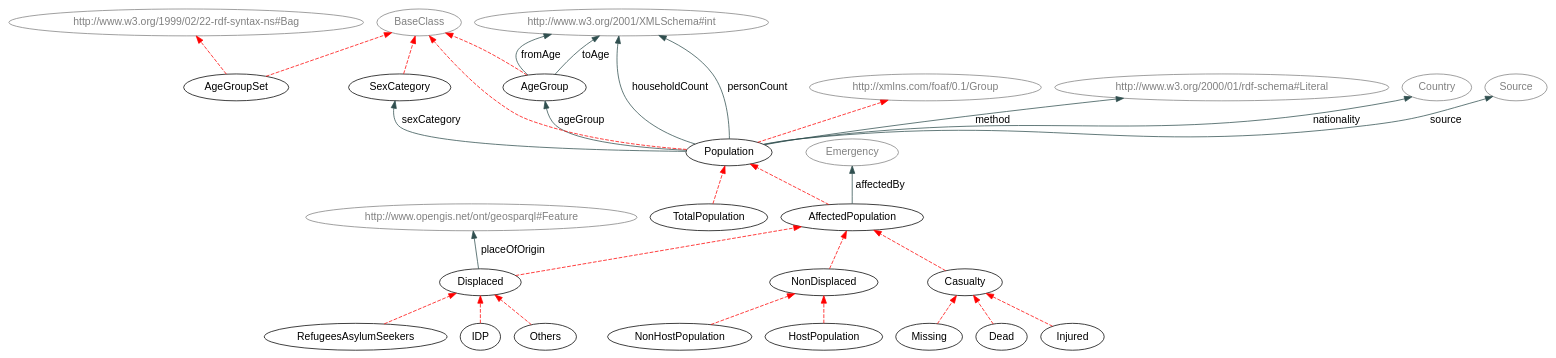
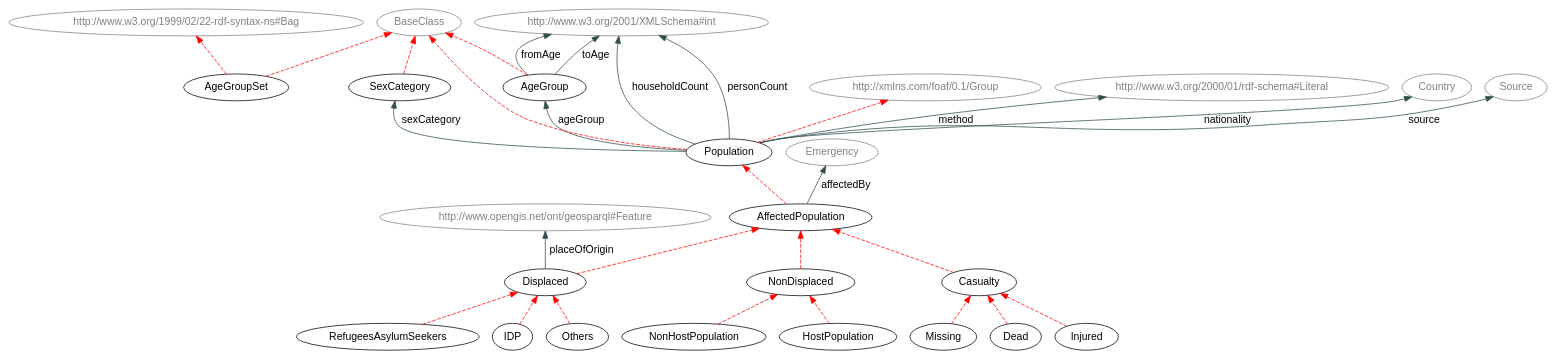
Before and after one commit to hxl-team/HXL-Vocab: the diagram in Tools/humanitarianProfileSection.dot, drawn with Graphviz. The commit also changed 10 other files, not shown here.

Commit message:
Removed TotalPopulation, added "no totals" text to defintion of personCount

```diff
--- a/Tools/humanitarianProfileSection.dot
+++ b/Tools/humanitarianProfileSection.dot
@@ -1,71 +1,69 @@
 digraph { 
  rankdir="BT";	
  charset="utf-8";
  overlap=false;
  edge [color=darkslategray];
  edge [fontname=Helvetica];
  node [fontname=Helvetica];
 
 "AffectedPopulation" [ URL = "./#AffectedPopulation"] ;
 		"AffectedPopulation" -> "Population" [ color=red style="dashed" ]; 
 			"AgeGroup" [ URL = "./#AgeGroup"] ;
 		"BaseClass" [ URL = "./#AgeGroup" color="gray" fontcolor="gray"] ;
 				"AgeGroup" -> "BaseClass" [ color=red style="dashed" ]; 
 			"AgeGroupSet" [ URL = "./#AgeGroupSet"] ;
 		"BaseClass" [ URL = "./#AgeGroupSet" color="gray" fontcolor="gray"] ;
 				"AgeGroupSet" -> "BaseClass" [ color=red style="dashed" ]; 
 			"http://www.w3.org/1999/02/22-rdf-syntax-ns#Bag" [ URL = "./#AgeGroupSet" color="gray" fontcolor="gray"] ;
 				"AgeGroupSet" -> "http://www.w3.org/1999/02/22-rdf-syntax-ns#Bag" [ color=red style="dashed" ]; 
 			"Casualty" [ URL = "./#Casualty"] ;
 		"Casualty" -> "AffectedPopulation" [ color=red style="dashed" ]; 
 			"Dead" [ URL = "./#Dead"] ;
 		"Dead" -> "Casualty" [ color=red style="dashed" ]; 
 			"Displaced" [ URL = "./#Displaced"] ;
 		"Displaced" -> "AffectedPopulation" [ color=red style="dashed" ]; 
 			"HostPopulation" [ URL = "./#HostPopulation"] ;
 		"HostPopulation" -> "NonDisplaced" [ color=red style="dashed" ]; 
 			"IDP" [ URL = "./#IDP"] ;
 		"IDP" -> "Displaced" [ color=red style="dashed" ]; 
 			"Injured" [ URL = "./#Injured"] ;
 		"Injured" -> "Casualty" [ color=red style="dashed" ]; 
 			"Missing" [ URL = "./#Missing"] ;
 		"Missing" -> "Casualty" [ color=red style="dashed" ]; 
 			"NonDisplaced" [ URL = "./#NonDisplaced"] ;
 		"NonDisplaced" -> "AffectedPopulation" [ color=red style="dashed" ]; 
 			"NonHostPopulation" [ URL = "./#NonHostPopulation"] ;
 		"NonHostPopulation" -> "NonDisplaced" [ color=red style="dashed" ]; 
 			"Others" [ URL = "./#Others"] ;
 		"Others" -> "Displaced" [ color=red style="dashed" ]; 
 			"Population" [ URL = "./#Population"] ;
 		"BaseClass" [ URL = "./#Population" color="gray" fontcolor="gray"] ;
 				"Population" -> "BaseClass" [ color=red style="dashed" ]; 
 			"http://xmlns.com/foaf/0.1/Group" [ URL = "./#Population" color="gray" fontcolor="gray"] ;
 				"Population" -> "http://xmlns.com/foaf/0.1/Group" [ color=red style="dashed" ]; 
 			"RefugeesAsylumSeekers" [ URL = "./#RefugeesAsylumSeekers"] ;
 		"RefugeesAsylumSeekers" -> "Displaced" [ color=red style="dashed" ]; 
 			"SexCategory" [ URL = "./#SexCategory"] ;
 		"BaseClass" [ URL = "./#SexCategory" color="gray" fontcolor="gray"] ;
 				"SexCategory" -> "BaseClass" [ color=red style="dashed" ]; 
-			"TotalPopulation" [ URL = "./#TotalPopulation"] ;
-		"TotalPopulation" -> "Population" [ color=red style="dashed" ]; 
 			"Emergency" [ URL = "./#Emergency" color="gray" fontcolor="gray"] ;
 					"AffectedPopulation" -> "Emergency" [ label="affectedBy" URL = "./#affectedBy"]; 
 				"Population" -> "AgeGroup" [ label="ageGroup" URL = "./#ageGroup"]; 
 				"http://www.w3.org/2001/XMLSchema#int" [ URL = "./#http://www.w3.org/2001/XMLSchema#int" color="gray" fontcolor="gray"] ;
 					"AgeGroup" -> "http://www.w3.org/2001/XMLSchema#int" [ label="fromAge" URL = "./#fromAge"]; 
 				"http://www.w3.org/2001/XMLSchema#int" [ URL = "./#http://www.w3.org/2001/XMLSchema#int" color="gray" fontcolor="gray"] ;
 					"Population" -> "http://www.w3.org/2001/XMLSchema#int" [ label="householdCount" URL = "./#householdCount"]; 
 				"http://www.w3.org/2000/01/rdf-schema#Literal" [ URL = "./#http://www.w3.org/2000/01/rdf-schema#Literal" color="gray" fontcolor="gray"] ;
 					"Population" -> "http://www.w3.org/2000/01/rdf-schema#Literal" [ label="method" URL = "./#method"]; 
 				"Country" [ URL = "./#Country" color="gray" fontcolor="gray"] ;
 					"Population" -> "Country" [ label="nationality" URL = "./#nationality"]; 
 				"http://www.w3.org/2001/XMLSchema#int" [ URL = "./#http://www.w3.org/2001/XMLSchema#int" color="gray" fontcolor="gray"] ;
 					"Population" -> "http://www.w3.org/2001/XMLSchema#int" [ label="personCount" URL = "./#personCount"]; 
 				"http://www.opengis.net/ont/geosparql#Feature" [ URL = "./#http://www.opengis.net/ont/geosparql#Feature" color="gray" fontcolor="gray"] ;
 					"Displaced" -> "http://www.opengis.net/ont/geosparql#Feature" [ label="placeOfOrigin" URL = "./#placeOfOrigin"]; 
 				"Population" -> "SexCategory" [ label="sexCategory" URL = "./#sexCategory"]; 
 				"Source" [ URL = "./#Source" color="gray" fontcolor="gray"] ;
 					"Population" -> "Source" [ label="source" URL = "./#source"]; 
 				"http://www.w3.org/2001/XMLSchema#int" [ URL = "./#http://www.w3.org/2001/XMLSchema#int" color="gray" fontcolor="gray"] ;
 					"AgeGroup" -> "http://www.w3.org/2001/XMLSchema#int" [ label="toAge" URL = "./#toAge"]; 
 				}
```
